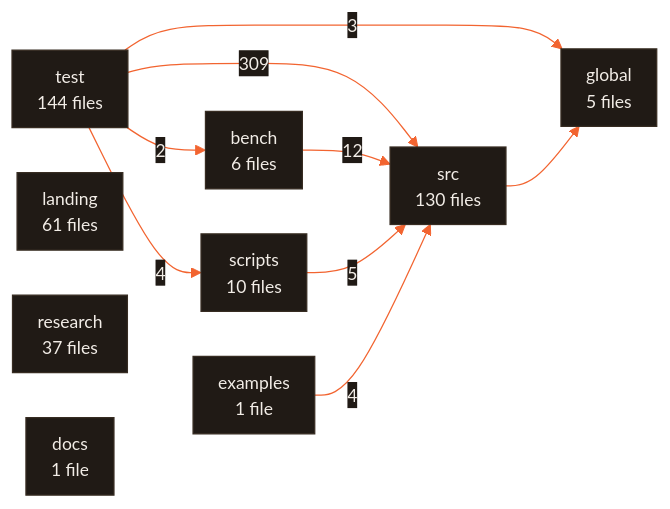
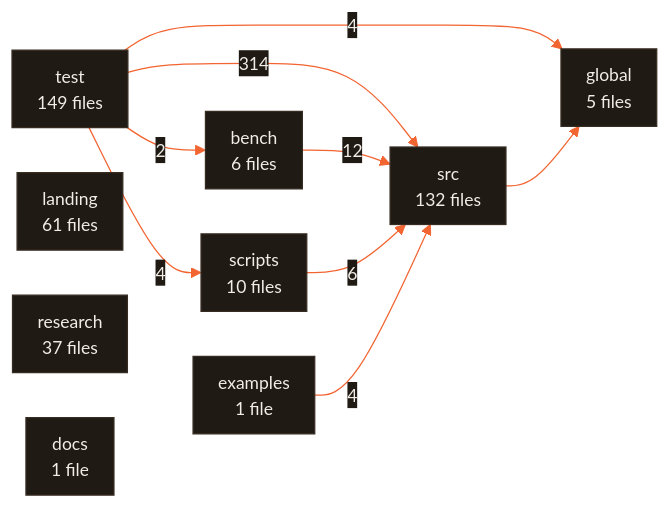
One commit to CodeWithJuber/forgekit changed the diagram in ARCHITECTURE.md. Above: the diagram before and after it, drawn with Mermaid. The commit also changed 35 other files, not shown here.

````diff
--- a/ARCHITECTURE.md
+++ b/ARCHITECTURE.md
@@ -670,21 +670,21 @@
 ```mermaid
 %%{init: {'theme':'base','themeVariables':{'primaryColor':'#201a15','primaryTextColor':'#f2ede7','primaryBorderColor':'#372c22','lineColor':'#f26430','secondaryColor':'#272019','tertiaryColor':'#171310','edgeLabelBackground':'#201a15','clusterBkg':'#171310','clusterBorder':'#4a3b2e','fontFamily':'ui-sans-serif, system-ui, sans-serif','fontSize':'14px'},'flowchart':{'curve':'basis','padding':10,'nodeSpacing':36,'rankSpacing':44}}}%%
 flowchart LR
-  test["test<br/>144 files"]
-  src["src<br/>130 files"]
+  test["test<br/>149 files"]
+  src["src<br/>132 files"]
   landing["landing<br/>61 files"]
   research["research<br/>37 files"]
   scripts["scripts<br/>10 files"]
   bench["bench<br/>6 files"]
   global["global<br/>5 files"]
   docs["docs<br/>1 file"]
   examples["examples<br/>1 file"]
-  test -- 309 --> src
+  test -- 314 --> src
   bench -- 12 --> src
-  scripts -- 5 --> src
+  scripts -- 6 --> src
   examples -- 4 --> src
+  test -- 4 --> global
   test -- 4 --> scripts
-  test -- 3 --> global
   test -- 2 --> bench
   src --> global
 ```
````
